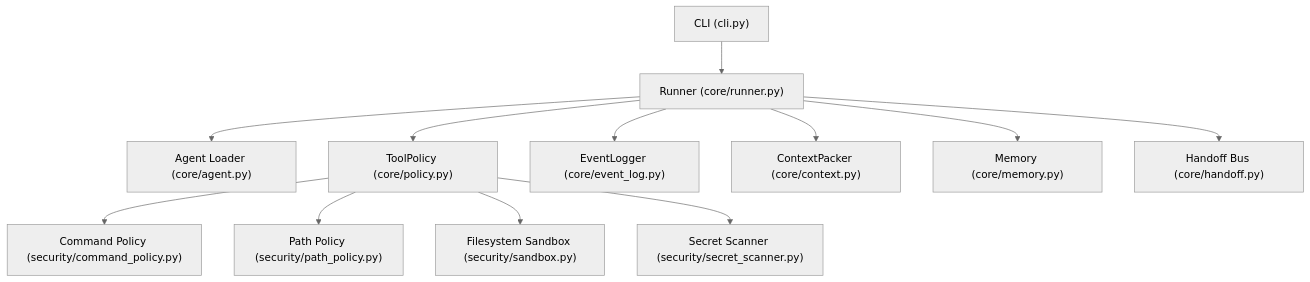
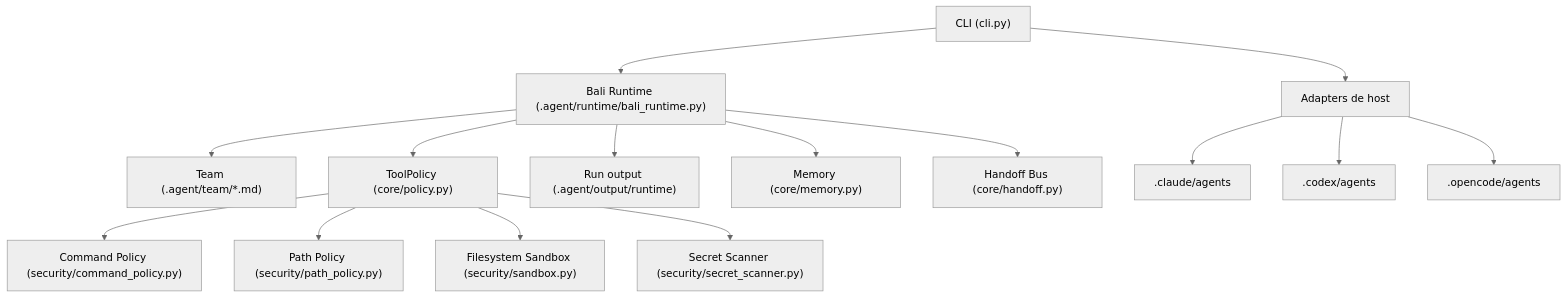
The diagram in docs/architecture.md (ba-lison/Bali-Agent), drawn with Mermaid (neutral theme) before and after one commit. The commit also changed other lines of this file and 14 other files, not shown here.

````diff
--- a/docs/architecture.md
+++ b/docs/architecture.md
@@ -7,16 +9,19 @@
 ```mermaid
 flowchart TD
-    CLI["CLI (cli.py)"] --> Runner["Runner (core/runner.py)"]
-    Runner --> Agent["Agent Loader (core/agent.py)"]
-    Runner --> Policy["ToolPolicy (core/policy.py)"]
-    Runner --> Logger["EventLogger (core/event_log.py)"]
-    Runner --> Context["ContextPacker (core/context.py)"]
-    
+    CLI["CLI (cli.py)"] --> Runtime["Bali Runtime (.agent/runtime/bali_runtime.py)"]
+    CLI --> Adapters["Adapters de host"]
+    Runtime --> Agents["Team (.agent/team/*.md)"]
+    Runtime --> Policy["ToolPolicy (core/policy.py)"]
+    Runtime --> Logger["Run output (.agent/output/runtime)"]
+    Runtime --> Memory["Memory (core/memory.py)"]
+    Runtime --> Handoff["Handoff Bus (core/handoff.py)"]
+
     Policy --> CommandPolicy["Command Policy (security/command_policy.py)"]
     Policy --> PathPolicy["Path Policy (security/path_policy.py)"]
     Policy --> Sandbox["Filesystem Sandbox (security/sandbox.py)"]
     Policy --> SecretScanner["Secret Scanner (security/secret_scanner.py)"]
-    
-    Runner --> Memory["Memory (core/memory.py)"]
-    Runner --> Handoff["Handoff Bus (core/handoff.py)"]
+
+    Adapters --> Claude[".claude/agents"]
+    Adapters --> Codex[".codex/agents"]
+    Adapters --> OpenCode[".opencode/agents"]
 ```
````
